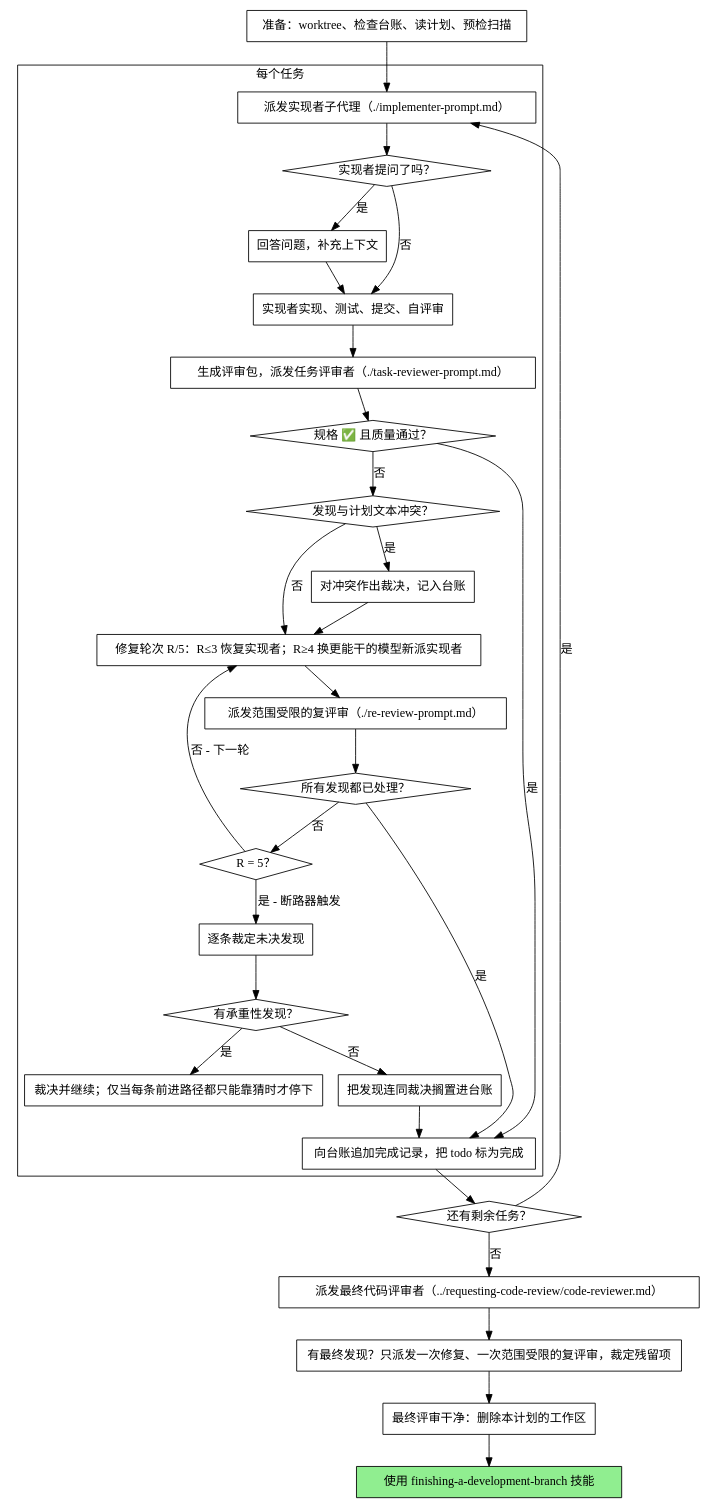
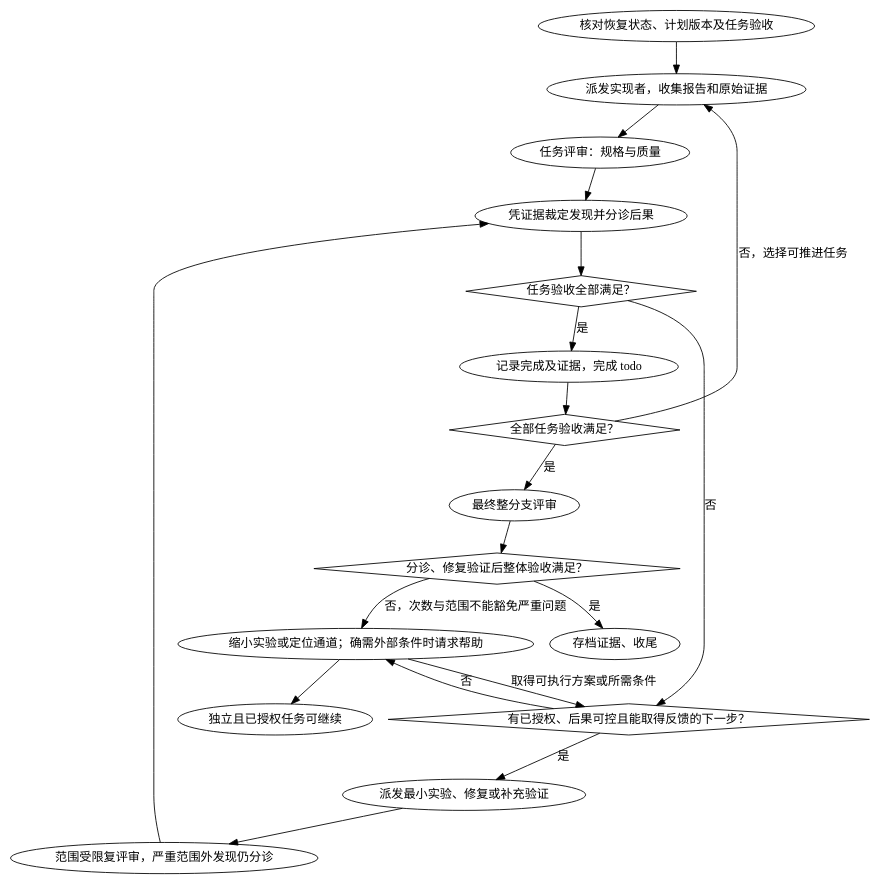
The second of 2 diagrams in skills/subagent-driven-development/SKILL.md (QuanhuZeYu/dsh-superpower), drawn with Graphviz before and after one commit. The commit also changed other lines of this file and 122 other files, not shown here.

````diff
--- a/skills/subagent-driven-development/SKILL.md
+++ b/skills/subagent-driven-development/SKILL.md
@@ -50,62 +48,27 @@
 ```dot
 digraph process {
     rankdir=TB;
-
-    subgraph cluster_per_task {
-        label="每个任务";
-        "派发实现者子代理（./implementer-prompt.md）" [shape=box];
-        "实现者提问了吗？" [shape=diamond];
-        "回答问题，补充上下文" [shape=box];
-        "实现者实现、测试、提交、自评审" [shape=box];
-        "生成评审包，派发任务评审者（./task-reviewer-prompt.md）" [shape=box];
-        "规格 ✅ 且质量通过？" [shape=diamond];
-        "发现与计划文本冲突？" [shape=diamond];
-        "对冲突作出裁决，记入台账" [shape=box];
-        "修复轮次 R/5：R≤3 恢复实现者；R≥4 换更能干的模型新派实现者" [shape=box];
-        "派发范围受限的复评审（./re-review-prompt.md）" [shape=box];
-        "所有发现都已处理？" [shape=diamond];
-        "R = 5？" [shape=diamond];
-        "逐条裁定未决发现" [shape=box];
-        "有承重性发现？" [shape=diamond];
-        "裁决并继续；仅当每条前进路径都只能靠猜时才停下" [shape=box];
-        "把发现连同裁决搁置进台账" [shape=box];
-        "向台账追加完成记录，把 todo 标为完成" [shape=box];
-    }
-
-    "准备：worktree、检查台账、读计划、预检扫描" [shape=box];
-    "还有剩余任务？" [shape=diamond];
-    "派发最终代码评审者（../requesting-code-review/code-reviewer.md）" [shape=box];
-    "有最终发现？只派发一次修复、一次范围受限的复评审，裁定残留项" [shape=box];
-    "最终评审干净：删除本计划的工作区" [shape=box];
-    "使用 finishing-a-development-branch 技能" [shape=box style=filled fillcolor=lightgreen];
-
-    "准备：worktree、检查台账、读计划、预检扫描" -> "派发实现者子代理（./implementer-prompt.md）";
-    "派发实现者子代理（./implementer-prompt.md）" -> "实现者提问了吗？";
-    "实现者提问了吗？" -> "回答问题，补充上下文" [label="是"];
-    "回答问题，补充上下文" -> "实现者实现、测试、提交、自评审";
-    "实现者提问了吗？" -> "实现者实现、测试、提交、自评审" [label="否"];
-    "实现者实现、测试、提交、自评审" -> "生成评审包，派发任务评审者（./task-reviewer-prompt.md）";
-    "生成评审包，派发任务评审者（./task-reviewer-prompt.md）" -> "规格 ✅ 且质量通过？";
-    "规格 ✅ 且质量通过？" -> "向台账追加完成记录，把 todo 标为完成" [label="是"];
-    "规格 ✅ 且质量通过？" -> "发现与计划文本冲突？" [label="否"];
-    "发现与计划文本冲突？" -> "对冲突作出裁决，记入台账" [label="是"];
-    "对冲突作出裁决，记入台账" -> "修复轮次 R/5：R≤3 恢复实现者；R≥4 换更能干的模型新派实现者";
-    "发现与计划文本冲突？" -> "修复轮次 R/5：R≤3 恢复实现者；R≥4 换更能干的模型新派实现者" [label="否"];
-    "修复轮次 R/5：R≤3 恢复实现者；R≥4 换更能干的模型新派实现者" -> "派发范围受限的复评审（./re-review-prompt.md）";
-    "派发范围受限的复评审（./re-review-prompt.md）" -> "所有发现都已处理？";
-    "所有发现都已处理？" -> "向台账追加完成记录，把 todo 标为完成" [label="是"];
-    "所有发现都已处理？" -> "R = 5？" [label="否"];
-    "R = 5？" -> "修复轮次 R/5：R≤3 恢复实现者；R≥4 换更能干的模型新派实现者" [label="否 - 下一轮"];
-    "R = 5？" -> "逐条裁定未决发现" [label="是 - 断路器触发"];
-    "逐条裁定未决发现" -> "有承重性发现？";
-    "有承重性发现？" -> "裁决并继续；仅当每条前进路径都只能靠猜时才停下" [label="是"];
-    "有承重性发现？" -> "把发现连同裁决搁置进台账" [label="否"];
-    "把发现连同裁决搁置进台账" -> "向台账追加完成记录，把 todo 标为完成";
-    "向台账追加完成记录，把 todo 标为完成" -> "还有剩余任务？";
-    "还有剩余任务？" -> "派发实现者子代理（./implementer-prompt.md）" [label="是"];
-    "还有剩余任务？" -> "派发最终代码评审者（../requesting-code-review/code-reviewer.md）" [label="否"];
-    "派发最终代码评审者（../requesting-code-review/code-reviewer.md）" -> "有最终发现？只派发一次修复、一次范围受限的复评审，裁定残留项";
-    "有最终发现？只派发一次修复、一次范围受限的复评审，裁定残留项" -> "最终评审干净：删除本计划的工作区";
-    "最终评审干净：删除本计划的工作区" -> "使用 finishing-a-development-branch 技能";
+    "核对恢复状态、计划版本及任务验收" -> "派发实现者，收集报告和原始证据";
+    "派发实现者，收集报告和原始证据" -> "任务评审：规格与质量";
+    "任务评审：规格与质量" -> "凭证据裁定发现并分诊后果";
+    "凭证据裁定发现并分诊后果" -> "任务验收全部满足？";
+    "任务验收全部满足？" [shape=diamond];
+    "任务验收全部满足？" -> "记录完成及证据，完成 todo" [label="是"];
+    "任务验收全部满足？" -> "有已授权、后果可控且能取得反馈的下一步？" [label="否"];
+    "有已授权、后果可控且能取得反馈的下一步？" [shape=diamond];
+    "缩小实验或定位通道；确需外部条件时请求帮助" -> "有已授权、后果可控且能取得反馈的下一步？" [label="取得可执行方案或所需条件"];
+    "有已授权、后果可控且能取得反馈的下一步？" -> "派发最小实验、修复或补充验证" [label="是"];
+    "派发最小实验、修复或补充验证" -> "范围受限复评审，严重范围外发现仍分诊";
+    "范围受限复评审，严重范围外发现仍分诊" -> "凭证据裁定发现并分诊后果";
+    "有已授权、后果可控且能取得反馈的下一步？" -> "缩小实验或定位通道；确需外部条件时请求帮助" [label="否"];
+    "缩小实验或定位通道；确需外部条件时请求帮助" -> "独立且已授权任务可继续";
+    "记录完成及证据，完成 todo" -> "全部任务验收满足？";
+    "全部任务验收满足？" [shape=diamond];
+    "全部任务验收满足？" -> "派发实现者，收集报告和原始证据" [label="否，选择可推进任务"];
+    "全部任务验收满足？" -> "最终整分支评审" [label="是"];
+    "最终整分支评审" -> "分诊、修复验证后整体验收满足？";
+    "分诊、修复验证后整体验收满足？" [shape=diamond];
+    "分诊、修复验证后整体验收满足？" -> "存档证据、收尾" [label="是"];
+    "分诊、修复验证后整体验收满足？" -> "缩小实验或定位通道；确需外部条件时请求帮助" [label="否，次数与范围不能豁免严重问题"];
 }
 ```
````
